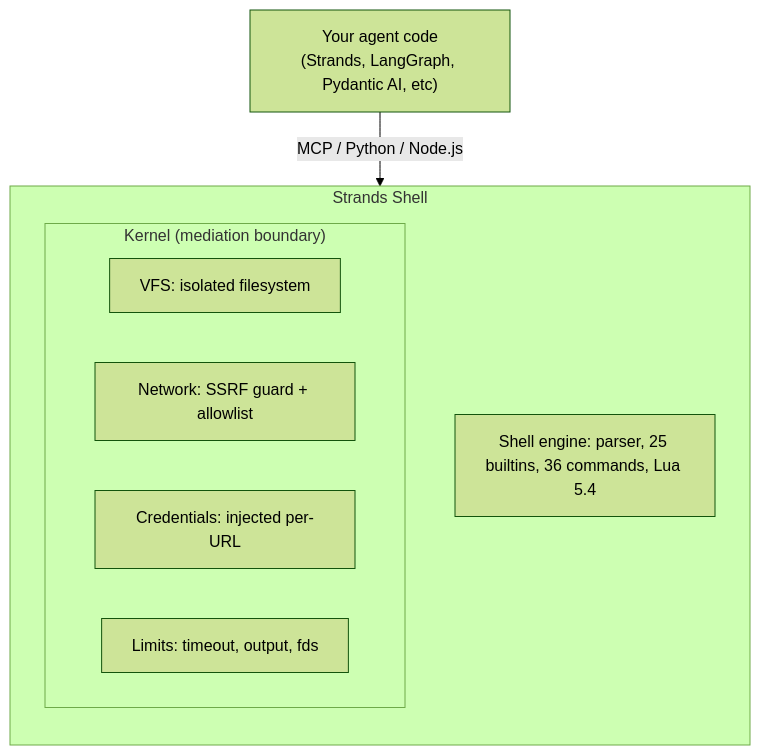
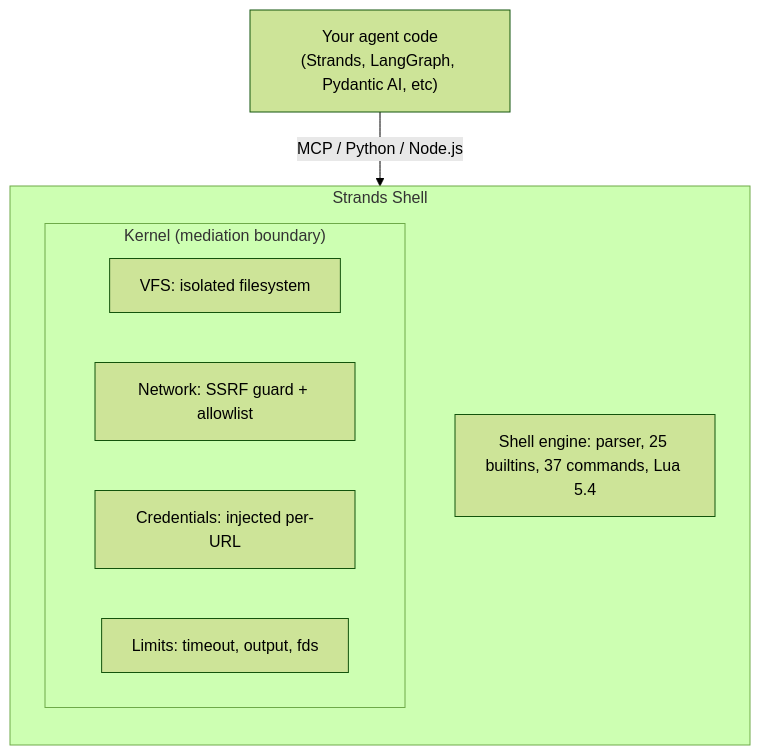
The diagram in README.md (strands-agents/shell), drawn with Mermaid (forest theme) before and after one commit. The commit also changed other lines of this file and 4 other files, not shown here.

````diff
--- a/README.md
+++ b/README.md
@@ -105,16 +105,16 @@
 ```mermaid
 flowchart TB
     agent["Your agent code\n(Strands, LangGraph, Pydantic AI, etc)"]
     agent -->|"MCP / Python / Node.js"| shell
 
     subgraph shell ["Strands Shell"]
         direction TB
         subgraph kernel ["Kernel (mediation boundary)"]
             vfs["VFS: isolated filesystem"]
             net["Network: SSRF guard + allowlist"]
             creds["Credentials: injected per-URL"]
             limits["Limits: timeout, output, fds"]
         end
-        engine["Shell engine: parser, 25 builtins, 36 commands, Lua 5.4"]
+        engine["Shell engine: parser, 25 builtins, 37 commands, Lua 5.4"]
     end
 ```
````
